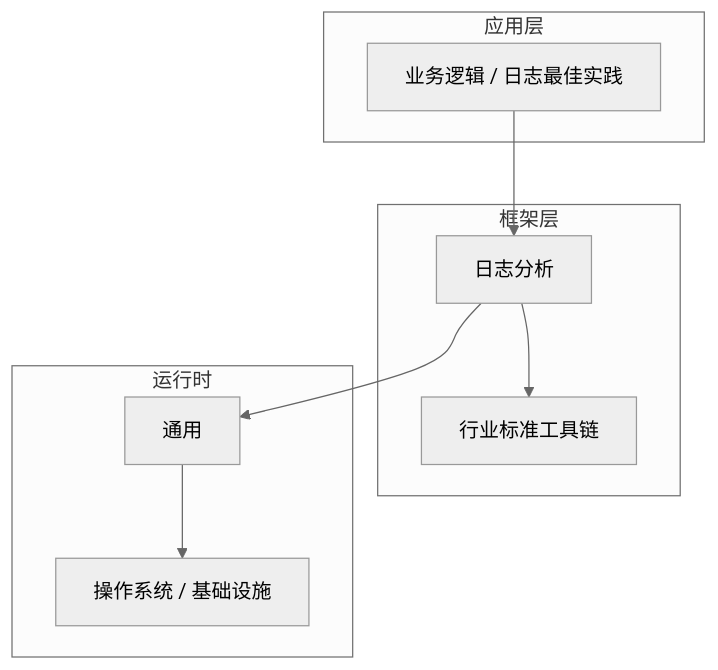
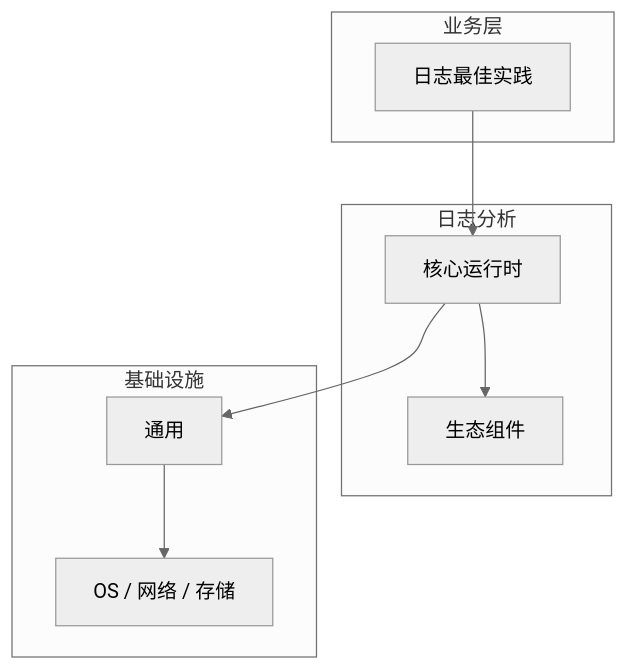
Before and after one commit to yanggan2015/knowledge-json-v2: the diagram in articles/日志分析/chapters/056-日志最佳实践核心概念与原理.md, drawn with Mermaid (neutral theme). The commit also changed other lines of this file and 10127 other files, not shown here.

````diff
--- a/articles/日志分析/chapters/056-日志最佳实践核心概念与原理.md
+++ b/articles/日志分析/chapters/056-日志最佳实践核心概念与原理.md
@@ -45,18 +34,18 @@
 ```mermaid
 graph TB
-    subgraph 应用层
-        A[业务逻辑 / 日志最佳实践]
+    subgraph 业务层
+        A[日志最佳实践]
     end
-    subgraph 框架层
-        B[日志分析]
-        C[行业标准工具链]
+    subgraph 日志分析
+        B[核心运行时]
+        C[生态组件]
     end
-    subgraph 运行时
+    subgraph 基础设施
         D[通用]
-        E[操作系统 / 基础设施]
+        E[OS / 网络 / 存储]
     end
     A --> B
     B --> C
     B --> D
     D --> E
 ```
````
